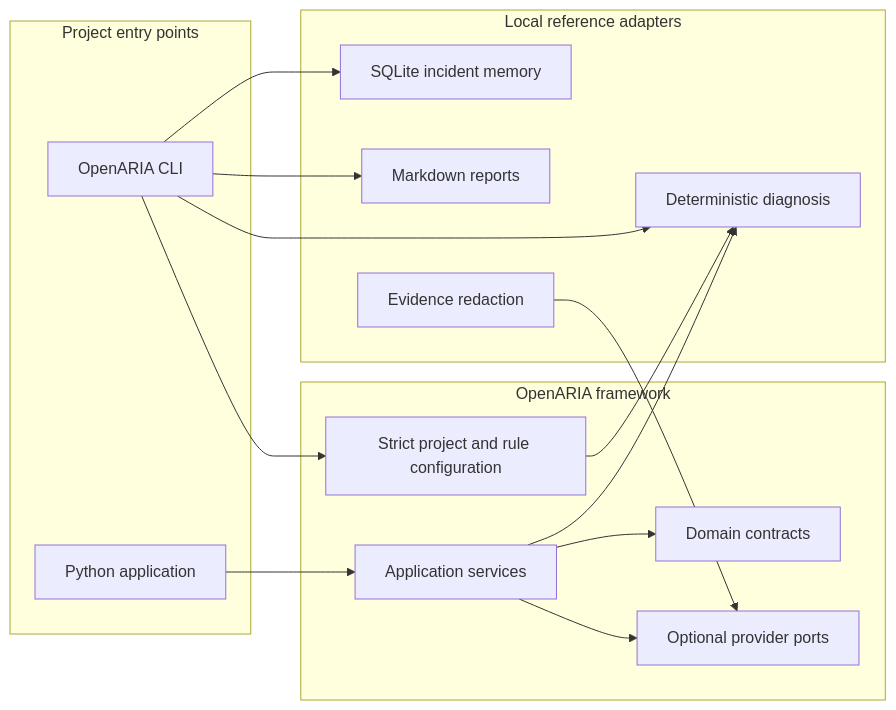
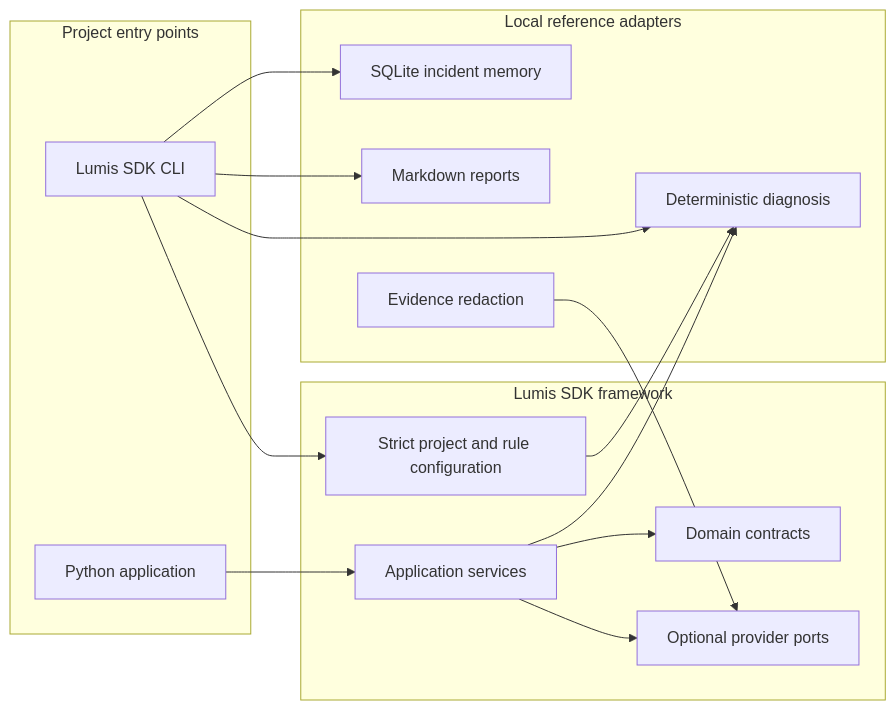
The diagram in README.md (soloshun/lumis-sdk), drawn with Mermaid before and after one commit. The commit also changed other lines of this file and 125 other files, not shown here.

Commit message:
refactor: rename project to Lumis SDK

````diff
--- a/README.md
+++ b/README.md
@@ -42,30 +42,30 @@
 ```mermaid
 flowchart LR
     subgraph USERS[Project entry points]
-        CLI[OpenARIA CLI]
+        CLI[Lumis SDK CLI]
         PY[Python application]
     end
-    subgraph CORE[OpenARIA framework]
+    subgraph CORE[Lumis SDK framework]
         CFG[Strict project and rule configuration]
         APP[Application services]
         DOMAIN[Domain contracts]
         PORTS[Optional provider ports]
     end
     subgraph LOCAL[Local reference adapters]
         DET[Deterministic diagnosis]
         MEM[SQLite incident memory]
         REPORT[Markdown reports]
         REDACT[Evidence redaction]
     end
 
     CLI --> CFG
     CLI --> DET
     CLI --> MEM
     CLI --> REPORT
     PY --> APP
     APP --> DOMAIN
     APP --> PORTS
     APP --> DET
     CFG --> DET
     REDACT --> PORTS
 ```
````
